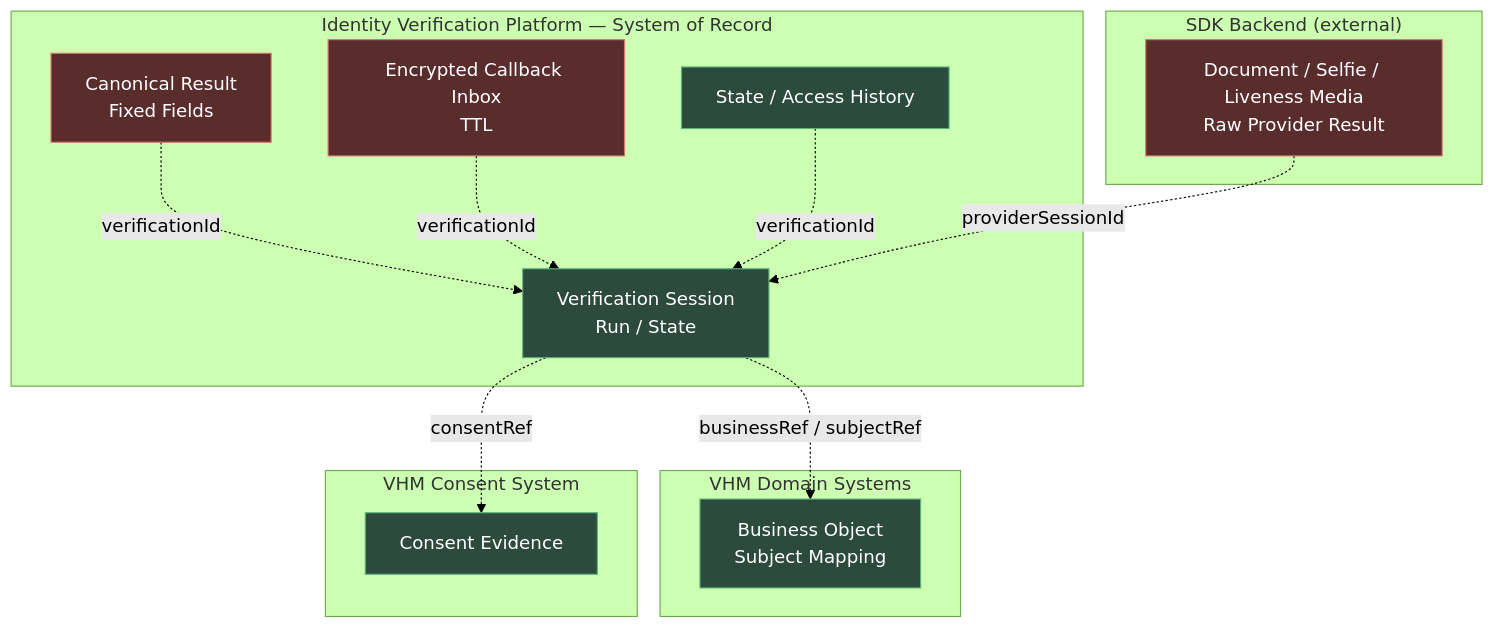
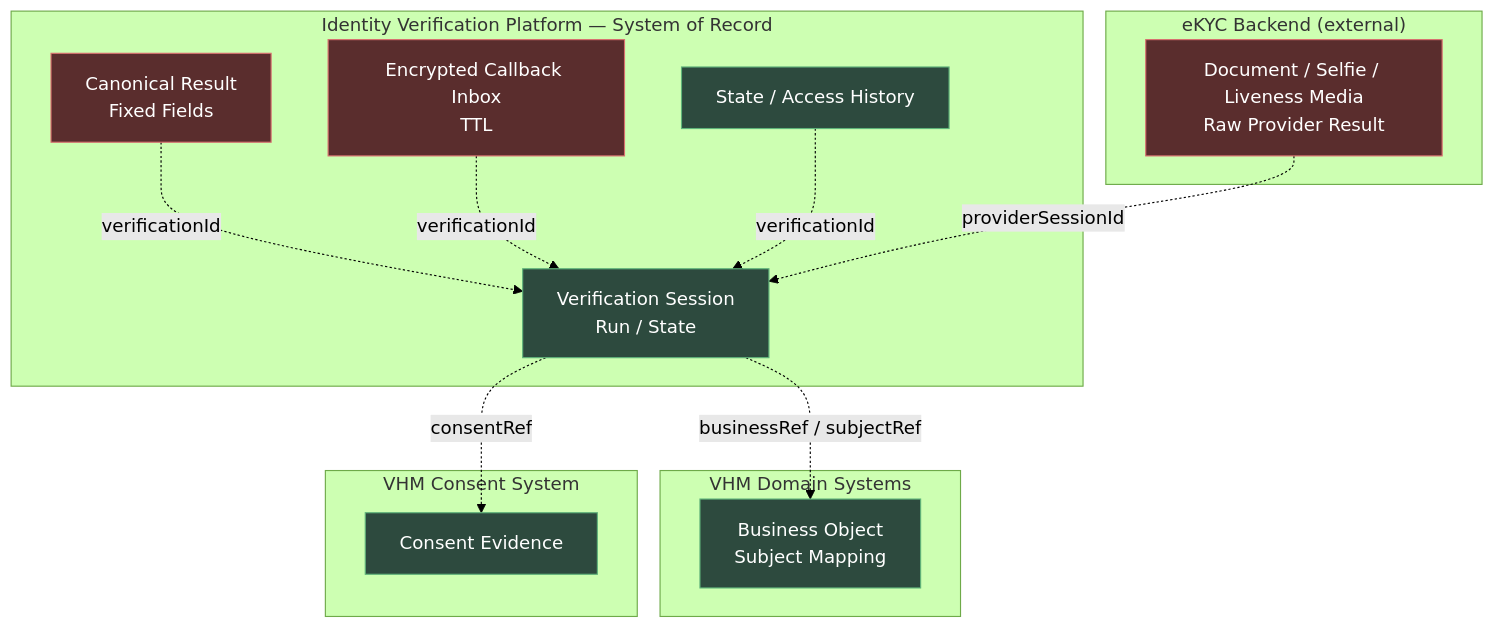
Before and after one commit to huynv-xyz/vhm: the seventh of 23 diagrams in README.md, drawn with Mermaid (forest theme). The commit also changed other lines of this file, not shown here.

````diff
--- a/README.md
+++ b/README.md
@@ -778,28 +858,28 @@
 ```mermaid
 flowchart TB
     subgraph DOMAIN["VHM Domain Systems"]
         BUSINESS["Business Object<br/>Subject Mapping"]:::owned
     end
     subgraph CONSENT["VHM Consent System"]
         CONSENT_DATA["Consent Evidence"]:::owned
     end
     subgraph IVP["Identity Verification Platform — System of Record"]
         SESSION["Verification Session<br/>Run / State"]:::owned
         RESULT["Canonical Result<br/>Fixed Fields"]:::sensitive
         INBOX["Encrypted Callback Inbox<br/>TTL"]:::sensitive
         HISTORY["State / Access History"]:::owned
     end
-    subgraph PROVIDER["SDK Backend (external)"]
+    subgraph PROVIDER["eKYC Backend (external)"]
         PROVIDER_DATA["Document / Selfie / Liveness Media<br/>Raw Provider Result"]:::sensitive
     end
 
     SESSION -.->|"businessRef / subjectRef"| BUSINESS
     SESSION -.->|"consentRef"| CONSENT_DATA
     RESULT -.->|"verificationId"| SESSION
     INBOX -.->|"verificationId"| SESSION
     HISTORY -.->|"verificationId"| SESSION
     PROVIDER_DATA -.->|"providerSessionId"| SESSION
 
     classDef owned fill:#2d4a3e,stroke:#5fb37a,color:#fff;
     classDef sensitive fill:#5a2d2d,stroke:#d96f6f,color:#fff;
 ```
````
